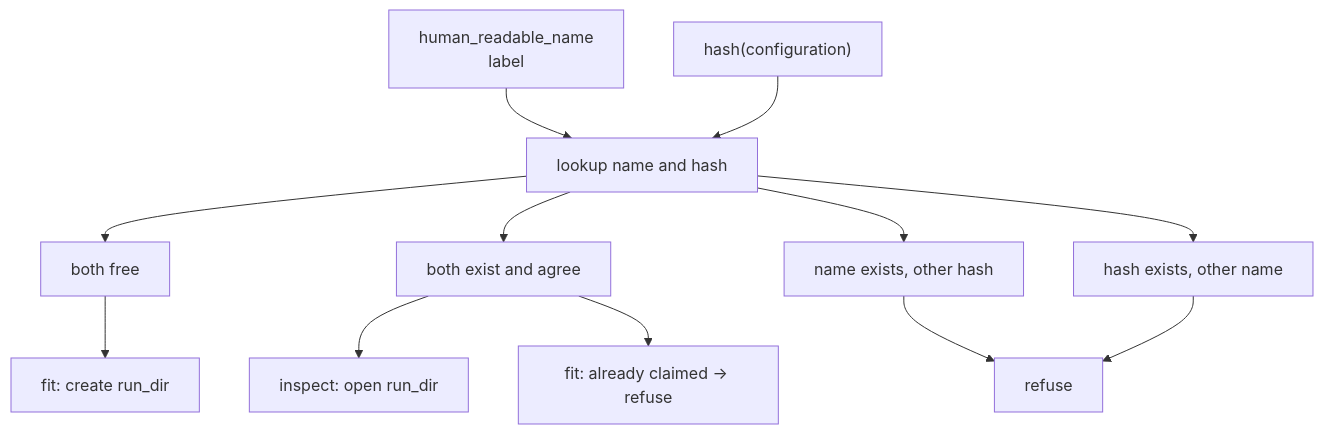
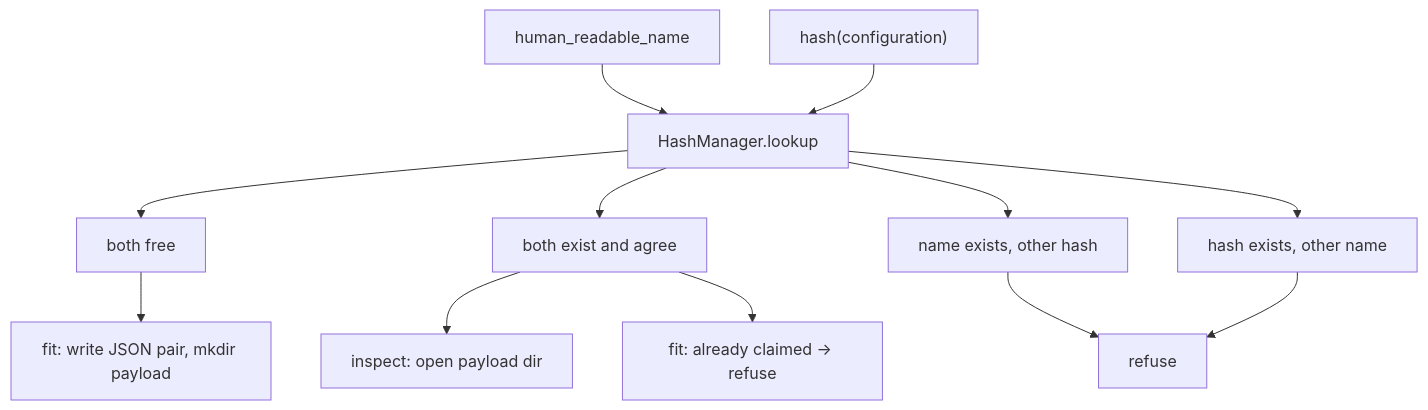
Before and after one commit to ayhem18/dl_toolbox: the diagram in standards/experiment_management/recipe/run_identity.md, drawn with Mermaid. The commit also changed other lines of this file and 146 other files, not shown here.

````diff
--- a/standards/experiment_management/recipe/run_identity.md
+++ b/standards/experiment_management/recipe/run_identity.md
@@ -26,14 +26,14 @@
 ```mermaid
 flowchart TD
-  name["human_readable_name<br/>label"] --> lookup["lookup name and hash"]
-  hash["hash(configuration)"] --> lookup
-  lookup --> both_free["both free"]
-  lookup --> both_match["both exist and agree"]
-  lookup --> name_taken["name exists, other hash"]
-  lookup --> hash_taken["hash exists, other name"]
-  both_free --> claim["fit: create run_dir"]
-  both_match --> open["inspect: open run_dir"]
+  name["human_readable_name"] --> hm["HashManager.lookup"]
+  hash["hash(configuration)"] --> hm
+  hm --> both_free["both free"]
+  hm --> both_match["both exist and agree"]
+  hm --> name_taken["name exists, other hash"]
+  hm --> hash_taken["hash exists, other name"]
+  both_free --> claim["fit: write JSON pair, mkdir payload"]
+  both_match --> open["inspect: open payload dir"]
   both_match --> fit_exists["fit: already claimed → refuse"]
   name_taken --> refuse["refuse"]
   hash_taken --> refuse
 ```
````
